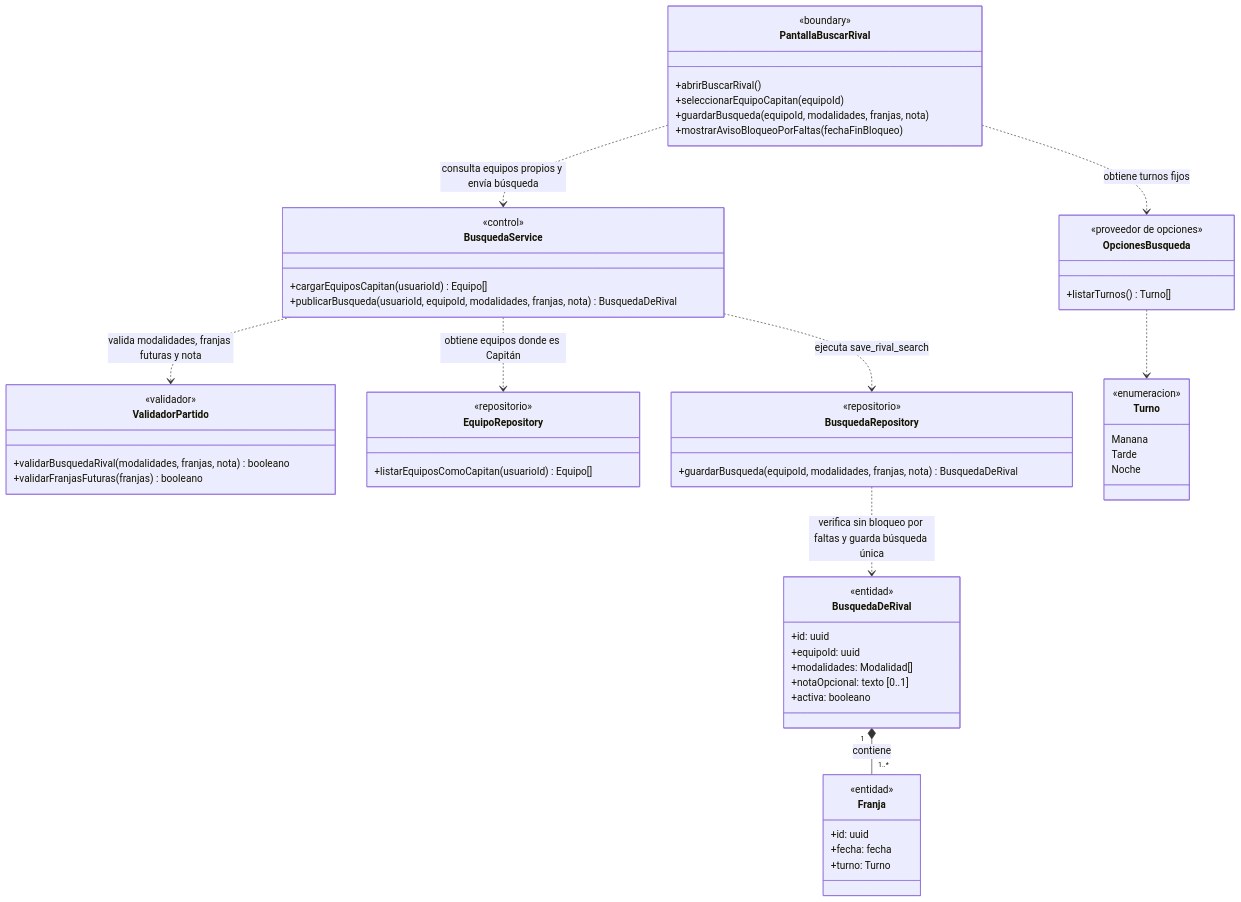
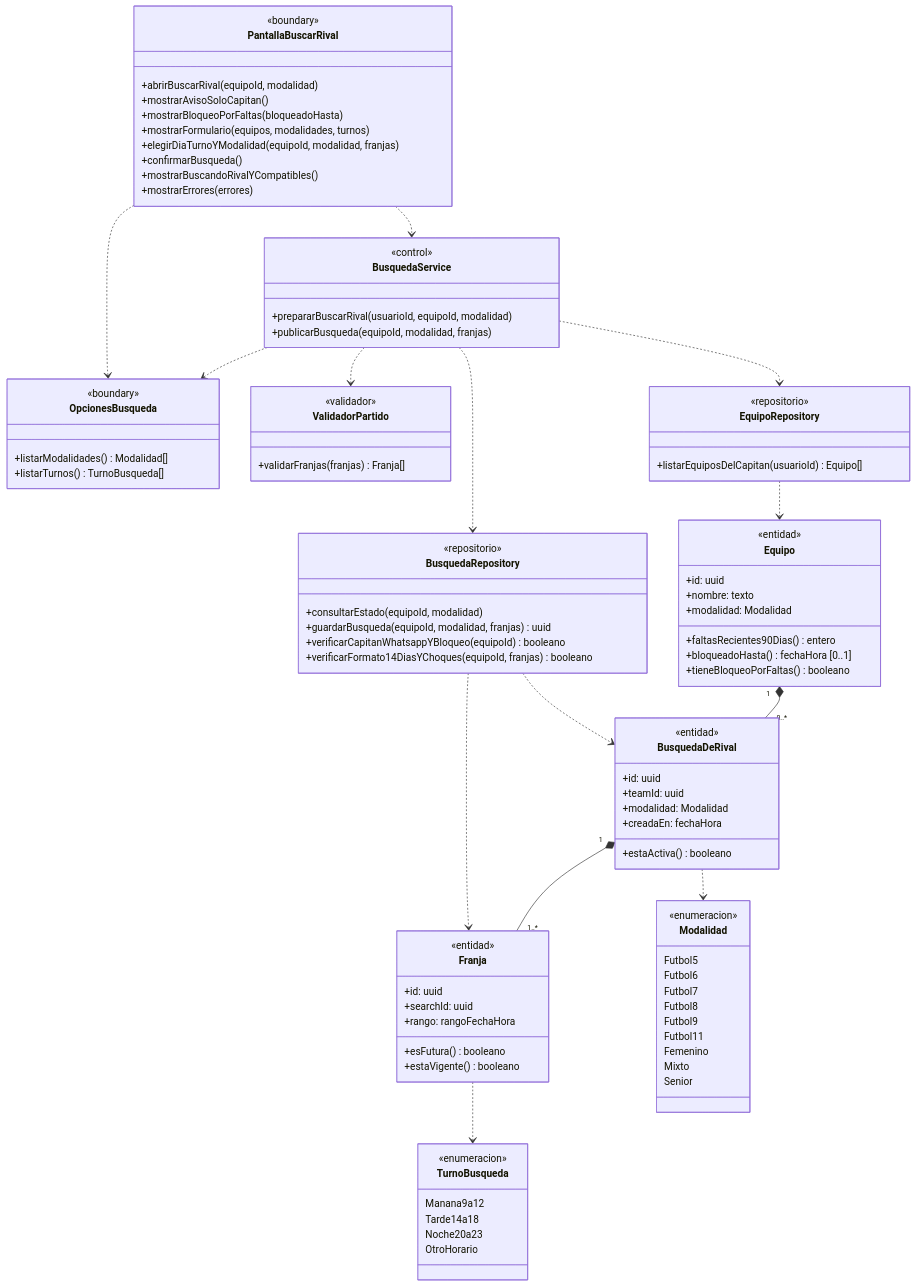
Before and after one commit to nicqletal/torneos-scraper: the second of 15 diagrams in docs/diagramas-de-clase/partidos.md, drawn with Mermaid. The commit also changed other lines of this file and 13 other files, not shown here.

````diff
--- a/docs/diagramas-de-clase/partidos.md
+++ b/docs/diagramas-de-clase/partidos.md
@@ -176,61 +185,96 @@
 ```mermaid
 classDiagram
-direction TB
 class PantallaBuscarRival {
   <<boundary>>
-  +abrirBuscarRival()
-  +seleccionarEquipoCapitan(equipoId)
-  +guardarBusqueda(equipoId, modalidades, franjas, nota)
-  +mostrarAvisoBloqueoPorFaltas(fechaFinBloqueo)
+  +abrirBuscarRival(equipoId, modalidad)
+  +mostrarAvisoSoloCapitan()
+  +mostrarBloqueoPorFaltas(bloqueadoHasta)
+  +mostrarFormulario(equipos, modalidades, turnos)
+  +elegirDiaTurnoYModalidad(equipoId, modalidad, franjas)
+  +confirmarBusqueda()
+  +mostrarBuscandoRivalYCompatibles()
+  +mostrarErrores(errores)
 }
 class OpcionesBusqueda {
-  <<proveedor de opciones>>
-  +listarTurnos() Turno[]
+  <<boundary>>
+  +listarModalidades() Modalidad[]
+  +listarTurnos() TurnoBusqueda[]
 }
 class BusquedaService {
   <<control>>
-  +cargarEquiposCapitan(usuarioId) Equipo[]
-  +publicarBusqueda(usuarioId, equipoId, modalidades, franjas, nota) BusquedaDeRival
+  +prepararBuscarRival(usuarioId, equipoId, modalidad)
+  +publicarBusqueda(equipoId, modalidad, franjas)
 }
 class ValidadorPartido {
   <<validador>>
-  +validarBusquedaRival(modalidades, franjas, nota) booleano
-  +validarFranjasFuturas(franjas) booleano
+  +validarFranjas(franjas) Franja[]
 }
 class EquipoRepository {
   <<repositorio>>
-  +listarEquiposComoCapitan(usuarioId) Equipo[]
+  +listarEquiposDelCapitan(usuarioId) Equipo[]
 }
 class BusquedaRepository {
   <<repositorio>>
-  +guardarBusqueda(equipoId, modalidades, franjas, nota) BusquedaDeRival
+  +consultarEstado(equipoId, modalidad)
+  +guardarBusqueda(equipoId, modalidad, franjas) uuid
+  +verificarCapitanWhatsappYBloqueo(equipoId) booleano
+  +verificarFormato14DiasYChoques(equipoId, franjas) booleano
+}
+class Equipo {
+  <<entidad>>
+  +id: uuid
+  +nombre: texto
+  +modalidad: Modalidad
+  +faltasRecientes90Dias() entero
+  +bloqueadoHasta() fechaHora [0..1]
+  +tieneBloqueoPorFaltas() booleano
 }
 class BusquedaDeRival {
   <<entidad>>
   +id: uuid
-  +equipoId: uuid
-  +modalidades: Modalidad[]
-  +notaOpcional: texto [0..1]
-  +activa: booleano
+  +teamId: uuid
+  +modalidad: Modalidad
+  +creadaEn: fechaHora
+  +estaActiva() booleano
 }
 class Franja {
   <<entidad>>
   +id: uuid
-  +fecha: fecha
-  +turno: Turno
+  +searchId: uuid
+  +rango: rangoFechaHora
+  +esFutura() booleano
+  +estaVigente() booleano
 }
-class Turno {
+class Modalidad {
   <<enumeracion>>
-  Manana
-  Tarde
-  Noche
+  Futbol5
+  Futbol6
+  Futbol7
+  Futbol8
+  Futbol9
+  Futbol11
+  Femenino
+  Mixto
+  Senior
 }
-PantallaBuscarRival ..> OpcionesBusqueda : obtiene turnos fijos
-PantallaBuscarRival ..> BusquedaService : consulta equipos propios y envía búsqueda
-BusquedaService ..> EquipoRepository : obtiene equipos donde es Capitán
-BusquedaService ..> ValidadorPartido : valida modalidades, franjas futuras y nota
-BusquedaService ..> BusquedaRepository : ejecuta save_rival_search
-BusquedaRepository ..> BusquedaDeRival : verifica sin bloqueo por faltas y guarda búsqueda única
-BusquedaDeRival "1" *-- "1..*" Franja : contiene
-OpcionesBusqueda ..> Turno
+class TurnoBusqueda {
+  <<enumeracion>>
+  Manana9a12
+  Tarde14a18
+  Noche20a23
+  OtroHorario
+}
+PantallaBuscarRival ..> OpcionesBusqueda
+PantallaBuscarRival ..> BusquedaService
+BusquedaService ..> OpcionesBusqueda
+BusquedaService ..> EquipoRepository
+BusquedaService ..> ValidadorPartido
+BusquedaService ..> BusquedaRepository
+EquipoRepository ..> Equipo
+BusquedaRepository ..> BusquedaDeRival
+BusquedaRepository ..> Franja
+Equipo "1" *-- "0..*" BusquedaDeRival
+BusquedaDeRival "1" *-- "1..*" Franja
+BusquedaDeRival ..> Modalidad
+Franja ..> TurnoBusqueda
 ```
````
